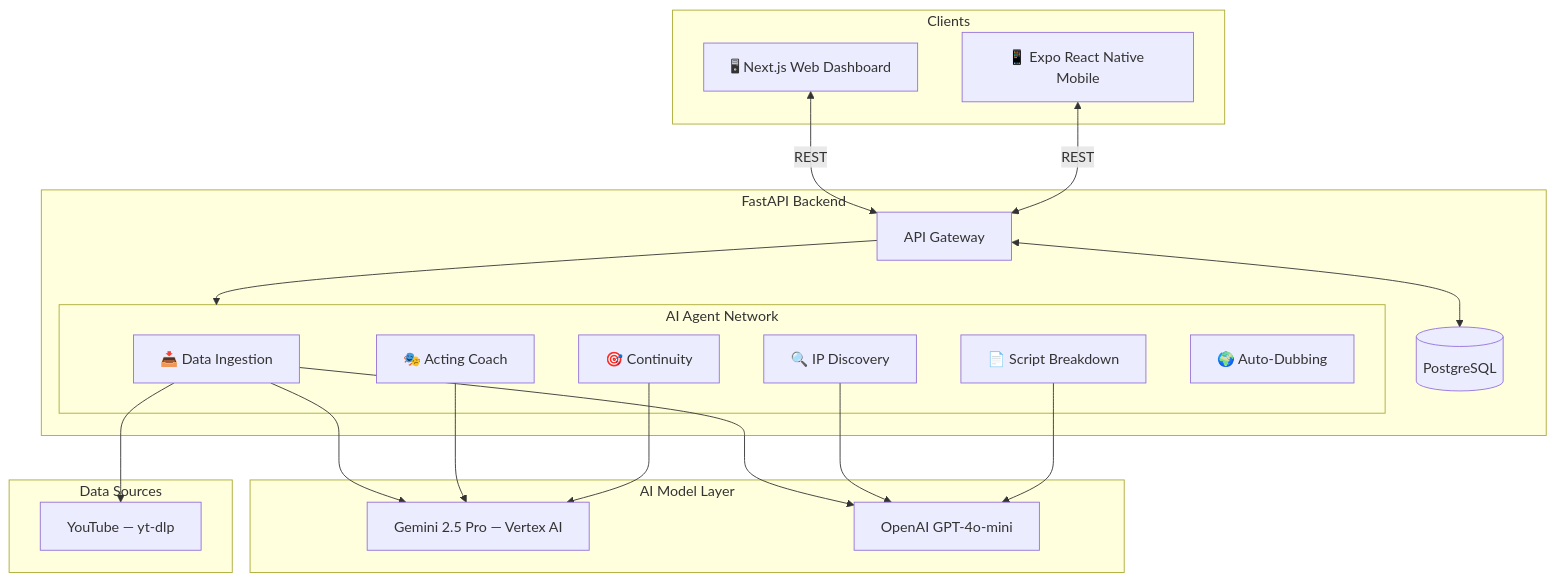
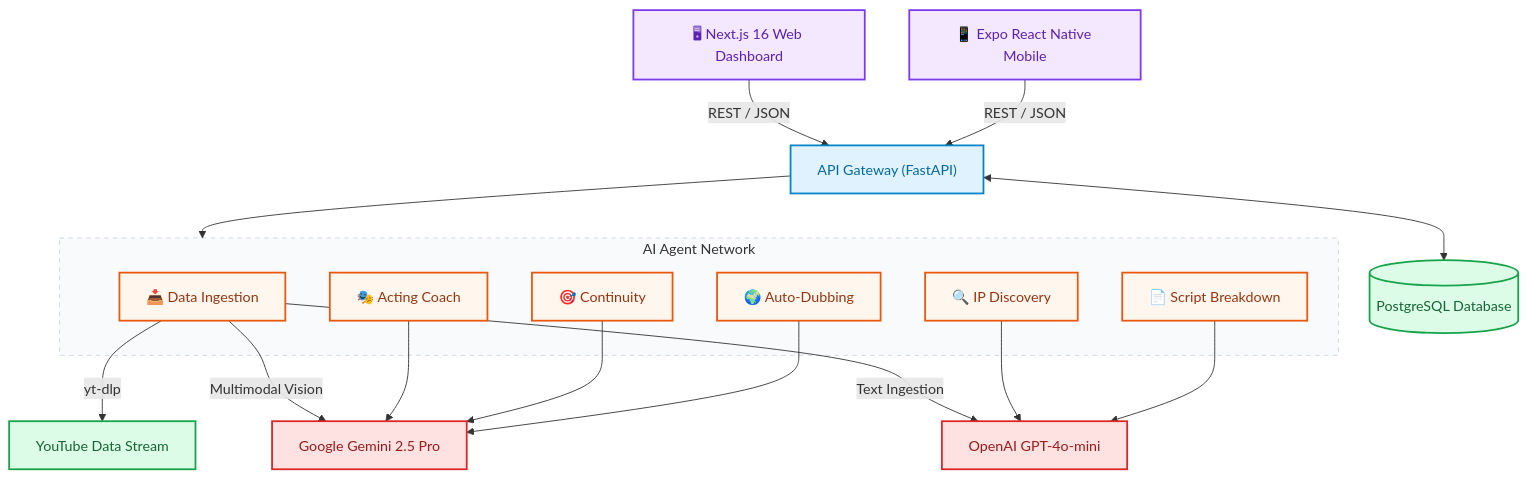
The diagram in README.md (akmalkhaniub/AK_Productions), drawn with Mermaid before and after one commit. The commit also changed other lines of this file, not shown here.

Commit message:
docs: upgrade README with premium badges, system architecture charts, and tools reference index

````diff
--- a/README.md
+++ b/README.md
@@ -48,42 +43,41 @@
 ```mermaid
-flowchart TD
-    subgraph Clients
-        W["🖥 Next.js Web Dashboard"]
-        M["📱 Expo React Native Mobile"]
+graph TD
+    classDef client fill:#f3e8ff,stroke:#7c3aed,stroke-width:2px,color:#5b21b6;
+    classDef gateway fill:#e0f2fe,stroke:#0284c7,stroke-width:2px,color:#0369a1;
+    classDef agent fill:#fff7ed,stroke:#ea580c,stroke-width:2px,color:#9a3412;
+    classDef model fill:#fee2e2,stroke:#dc2626,stroke-width:2px,color:#991b1b;
+    classDef data fill:#dcfce7,stroke:#16a34a,stroke-width:2px,color:#166534;
+
+    W["🖥 Next.js 16 Web Dashboard"] -->|REST / JSON| API["API Gateway (FastAPI)"]
+    M["📱 Expo React Native Mobile"] -->|REST / JSON| API
+    
+    API <--> DB[("PostgreSQL Database")]
+    API --> AgentSwarm
+    
+    subgraph AgentSwarm [AI Agent Network]
+        DI["📥 Data Ingestion"]
+        IP["🔍 IP Discovery"]
+        SB["📄 Script Breakdown"]
+        AC["🎭 Acting Coach"]
+        CA["🎯 Continuity"]
+        AD["🌍 Auto-Dubbing"]
     end
+    
+    DI -->|yt-dlp| YT[YouTube Data Stream]
+    DI -->|Multimodal Vision| Gemini["Google Gemini 2.5 Pro"]
+    DI -->|Text Ingestion| GPT["OpenAI GPT-4o-mini"]
+    
+    IP --> GPT
+    SB --> GPT
+    AC --> Gemini
+    CA --> Gemini
+    AD --> Gemini
 
-    subgraph Backend["FastAPI Backend"]
-        API["API Gateway"]
-        DB[("PostgreSQL")]
-
-        subgraph Agents["AI Agent Network"]
-            DI["📥 Data Ingestion"]
-            IP["🔍 IP Discovery"]
-            SB["📄 Script Breakdown"]
-            AC["🎭 Acting Coach"]
-            CA["🎯 Continuity"]
-            AD["🌍 Auto-Dubbing"]
-        end
-    end
-
-    subgraph AI["AI Model Layer"]
-        G["Gemini 2.5 Pro — Vertex AI"]
-        O["OpenAI GPT-4o-mini"]
-    end
-
-    subgraph Data["Data Sources"]
-        YT["YouTube — yt-dlp"]
-    end
-
-    W <-->|REST| API
-    M <-->|REST| API
-    API <--> DB
-    API --> Agents
-    DI --> YT
-    DI --> G
-    DI --> O
-    IP --> O
-    SB --> O
-    AC --> G
-    CA --> G
+    class W,M client;
+    class API gateway;
+    class DI,IP,SB,AC,CA,AD agent;
+    class Gemini,GPT model;
+    class YT,DB data;
+    
+    style AgentSwarm fill:#f8fafc,stroke:#cbd5e1,stroke-width:1px,stroke-dasharray: 5 5;
 ```
````
